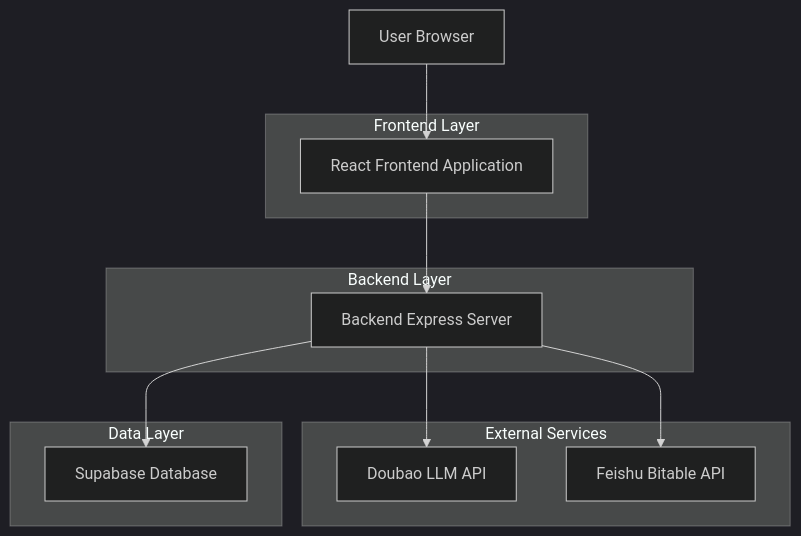
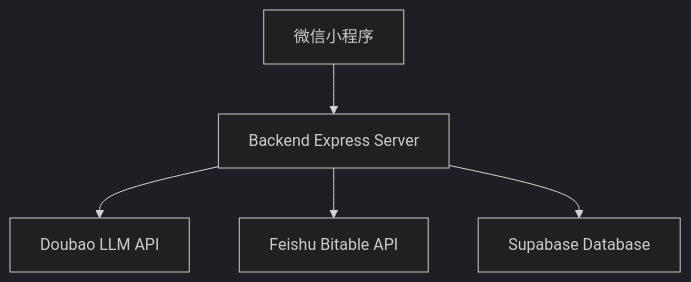
The first of 3 diagrams in .trae/documents/box2bitable-tech-arch.md (winnie6688/box2bitable), drawn with Mermaid (dark theme) before and after one commit. The commit also changed other lines of this file and 35 other files, not shown here.

````diff
--- a/.trae/documents/box2bitable-tech-arch.md
+++ b/.trae/documents/box2bitable-tech-arch.md
@@ -3,25 +3,7 @@
 ```mermaid
 graph TD
-  A[User Browser] --> B[React Frontend Application]
-  B --> C[Backend Express Server]
-  C --> D[Doubao LLM API]
-  C --> E[Feishu Bitable API]
-  C --> F[Supabase Database]
-
-  subgraph "Frontend Layer"
-      B
-  end
-
-  subgraph "Backend Layer"
-      C
-  end
-
-  subgraph "External Services"
-      D
-      E
-  end
-
-  subgraph "Data Layer"
-      F
-  end
+  A[微信小程序] --> B[Backend Express Server]
+  B --> C[Doubao LLM API]
+  B --> D[Feishu Bitable API]
+  B --> E[Supabase Database]
 ```
````
